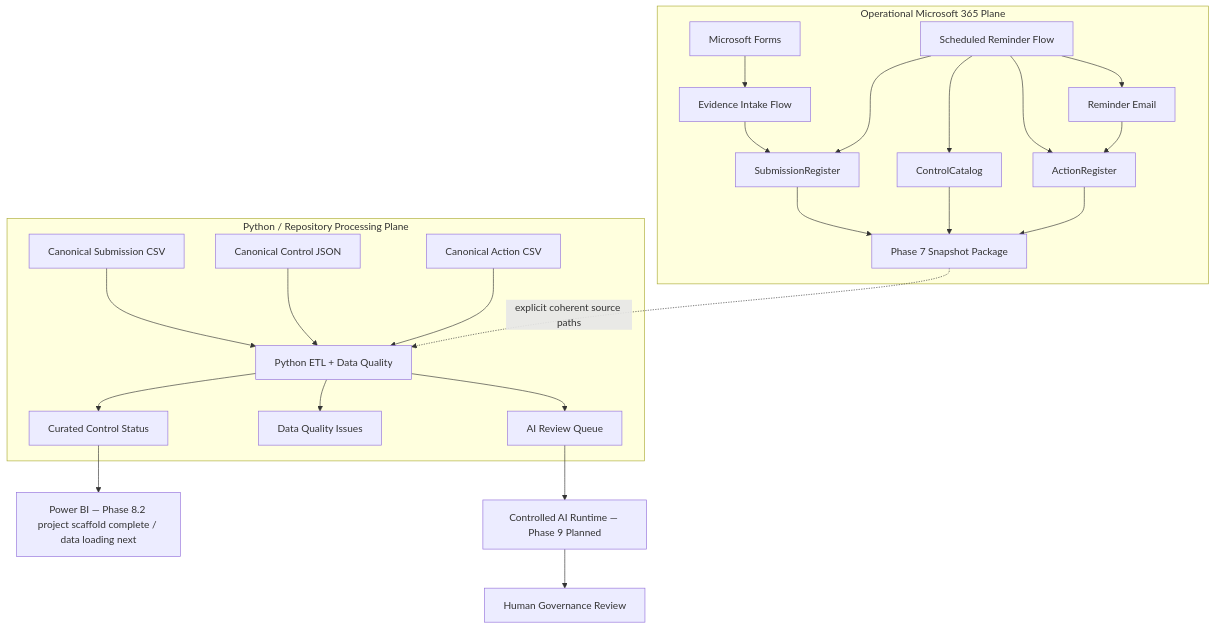
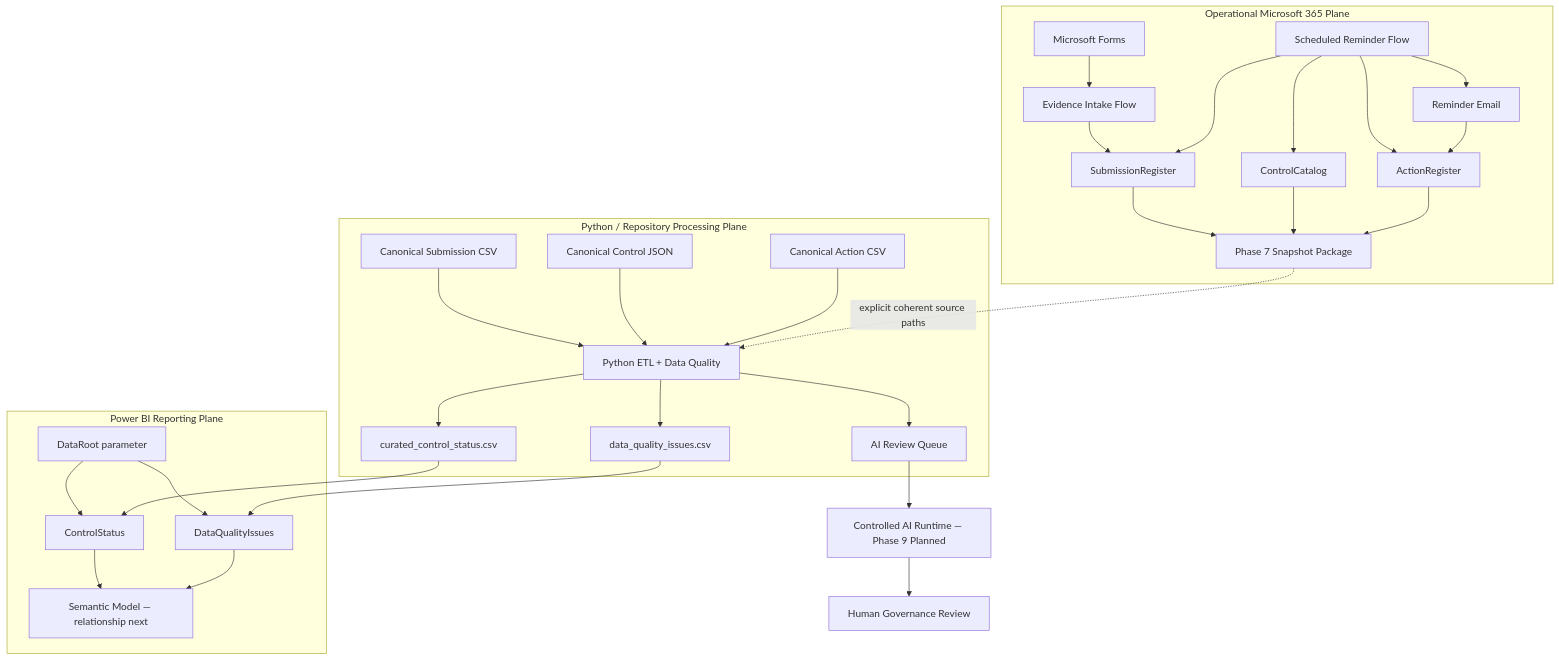
Before and after one commit to gw-ai-security/cyber-governance-automation-lab: the diagram in docs/architecture.md, drawn with Mermaid. The commit also changed other lines of this file, not shown here.

Commit message:
docs: update architecture for Phase 8.3

````diff
--- a/docs/architecture.md
+++ b/docs/architecture.md
@@ -92,31 +113,39 @@
 ```mermaid
 flowchart TD
     subgraph OP[Operational Microsoft 365 Plane]
         A[Microsoft Forms] --> B[Evidence Intake Flow]
         B --> C[SubmissionRegister]
 
         D[Scheduled Reminder Flow] --> C
         D --> E[ControlCatalog]
         D --> F[ActionRegister]
         D --> G[Reminder Email]
         G --> F
 
         C --> S[Phase 7 Snapshot Package]
         E --> S
         F --> S
     end
 
     subgraph PY[Python / Repository Processing Plane]
         H[Canonical Submission CSV] --> K[Python ETL + Data Quality]
         I[Canonical Control JSON] --> K
         J[Canonical Action CSV] --> K
         S -. explicit coherent source paths .-> K
-        K --> L[Curated Control Status]
-        K --> M[Data Quality Issues]
+        K --> L[curated_control_status.csv]
+        K --> M[data_quality_issues.csv]
         K --> N[AI Review Queue]
     end
 
-    L --> P[Power BI — Phase 8.2 project scaffold complete / data loading next]
+    subgraph BI[Power BI Reporting Plane]
+        DR[DataRoot parameter] --> CS[ControlStatus]
+        DR --> DQ[DataQualityIssues]
+        L --> CS
+        M --> DQ
+        CS --> SM[Semantic Model — relationship next]
+        DQ --> SM
+    end
+
     N --> Q[Controlled AI Runtime — Phase 9 Planned]
     Q --> R[Human Governance Review]
 ```
````
